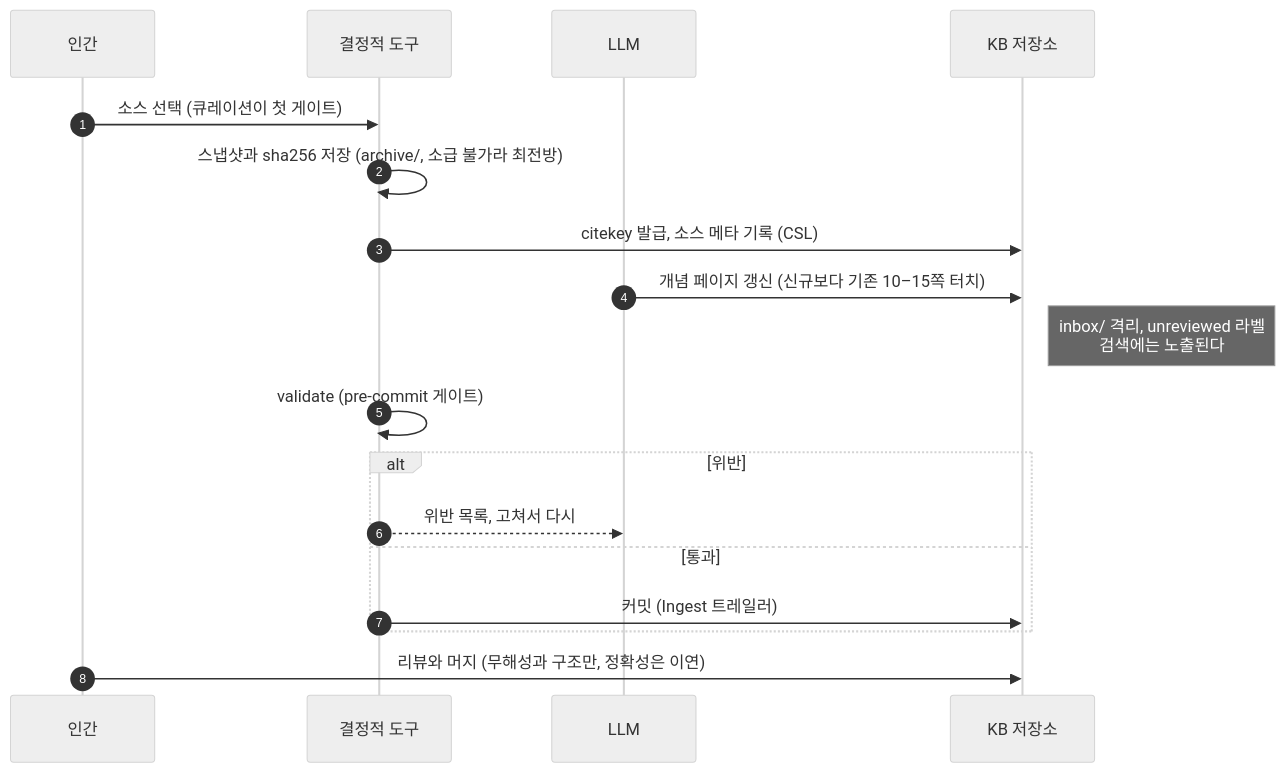
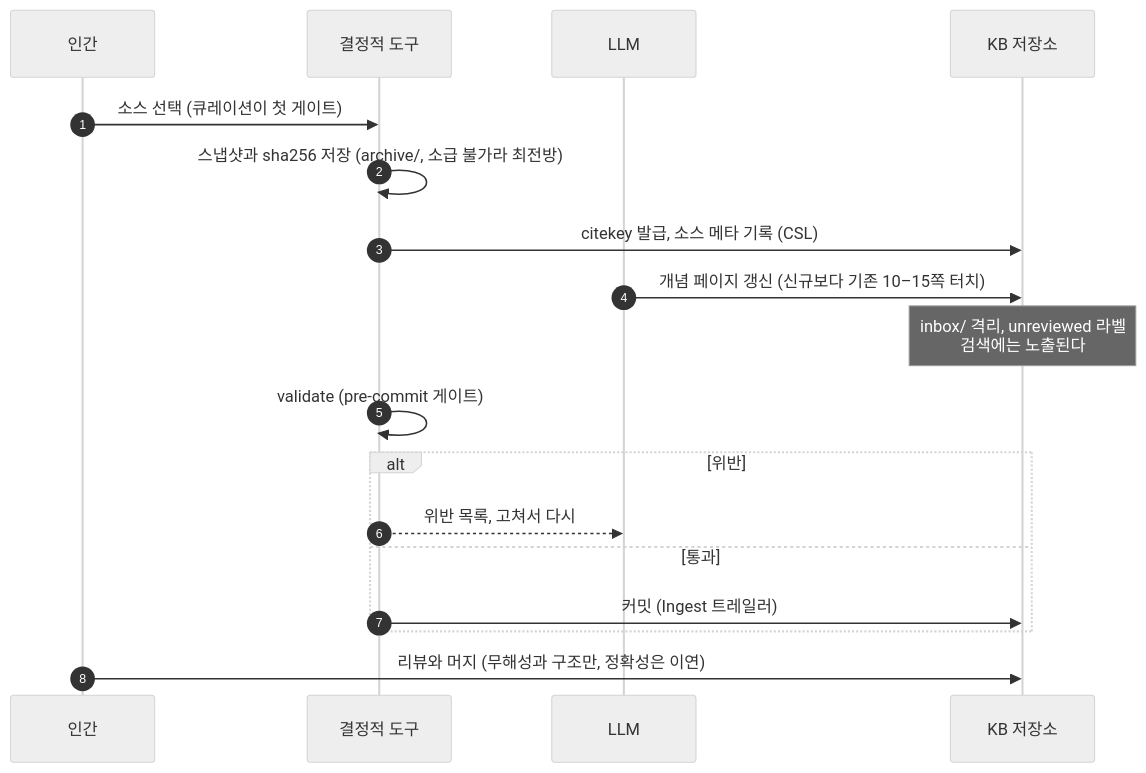
Before and after one commit to alteralab/syntopicon: the second of 4 diagrams in README.md, drawn with Mermaid (neutral theme). The commit also changed other lines of this file, not shown here.

Commit message:
plan: 다이어그램 자동 확대 해제 — 상자 크기 불일치의 실원인
폭은 이미 통일돼 있었고, GitHub이 좁은 그림(3열)을 화면 폭으로 늘려
크게 보인 것. useMaxWidth를 끄면 원본 크기로 나란히 선다. 우측으로
튀던 note는 라이프라인 위로.

````diff
--- a/README.md
+++ b/README.md
@@ -42,22 +42,22 @@
 ```mermaid
-%%{init: {"sequence": {"width": 140, "boxMargin": 8}}}%%
+%%{init: {"sequence": {"width": 140, "boxMargin": 8, "useMaxWidth": false}}}%%
 sequenceDiagram
     autonumber
     participant H as 인간
     participant T as 결정적 도구
     participant L as LLM
     participant K as KB 저장소
 
     H->>T: 소스 선택 (큐레이션이 첫 게이트)
     T->>T: 스냅샷과 sha256 저장 (archive/, 소급 불가라 최전방)
     T->>K: citekey 발급, 소스 메타 기록 (CSL)
     L->>K: 개념 페이지 갱신 (신규보다 기존 10–15쪽 터치)
-    note right of K: inbox/ 격리, unreviewed 라벨<br/>검색에는 노출된다
+    note over K: inbox/ 격리, unreviewed 라벨<br/>검색에는 노출된다
     T->>T: validate (pre-commit 게이트)
     alt 위반
         T-->>L: 위반 목록, 고쳐서 다시
     else 통과
         T->>K: 커밋 (Ingest 트레일러)
     end
     H->>K: 리뷰와 머지 (무해성과 구조만, 정확성은 이연)
 ```
````
